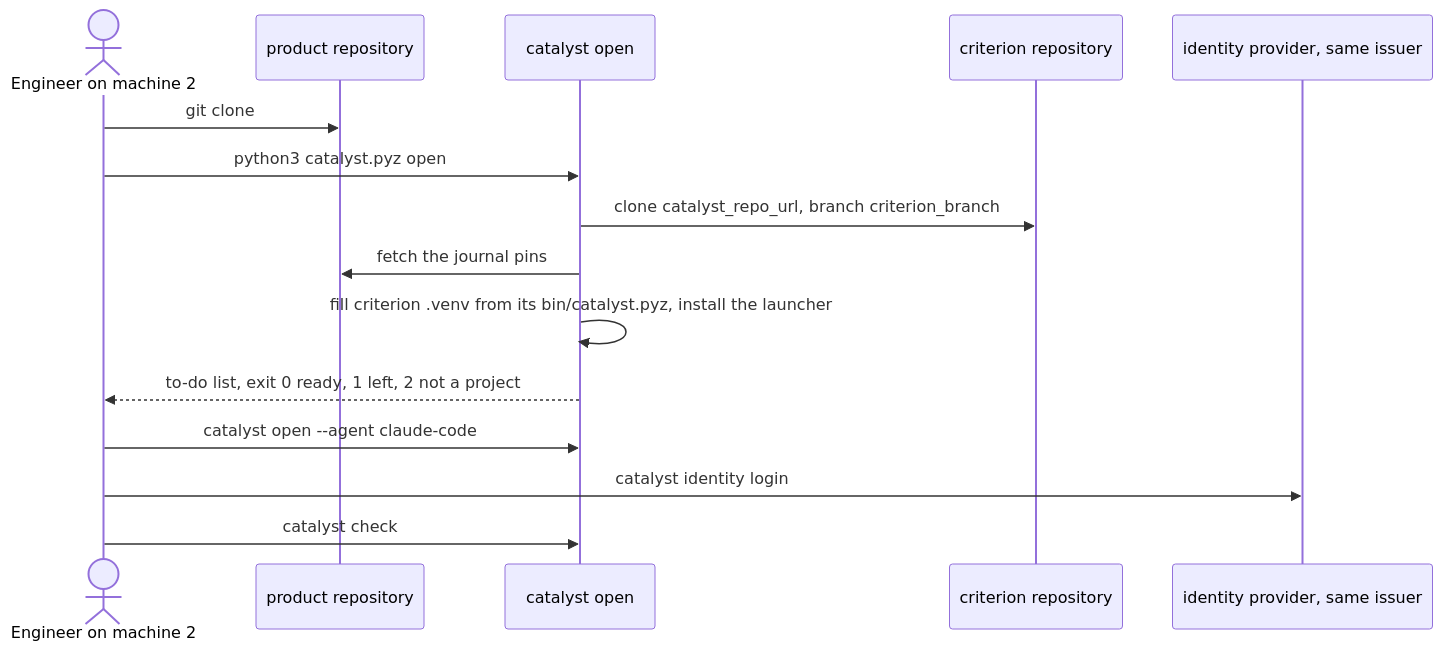
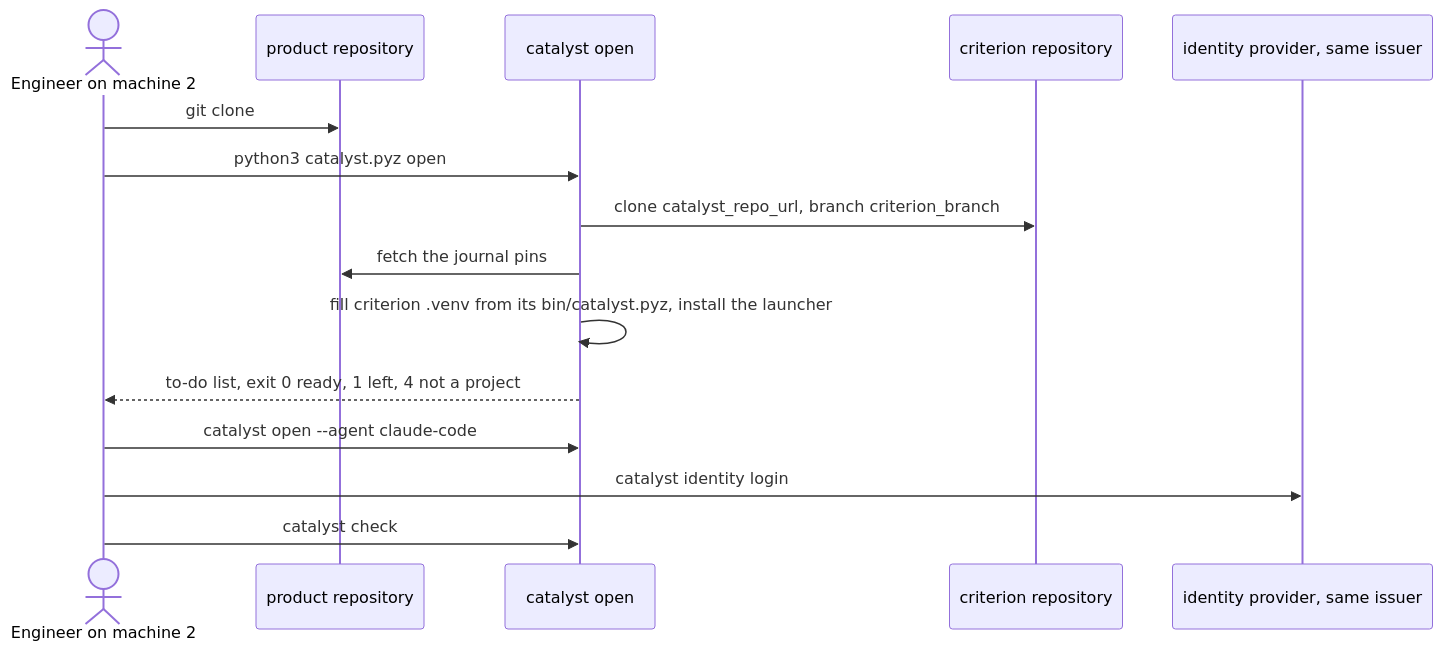
One commit to cantica-tech/catalyst-docs changed diagram 15 of 22 in docs/guide/manual/20-deploy-kernel.md. Above: the diagram before and after it, drawn with Mermaid. The commit also changed other lines of this file and 9 other files, not shown here.

````diff
--- a/docs/guide/manual/20-deploy-kernel.md
+++ b/docs/guide/manual/20-deploy-kernel.md
@@ -861,17 +867,17 @@
 ```mermaid
 sequenceDiagram
   actor Dev as Engineer on machine 2
   participant Prod as product repository
   participant CLI as catalyst open
   participant Rem as criterion repository
   participant IdP as identity provider, same issuer
   Dev->>Prod: git clone
   Dev->>CLI: python3 catalyst.pyz open
   CLI->>Rem: clone catalyst_repo_url, branch criterion_branch
   CLI->>Prod: fetch the journal pins
   CLI->>CLI: fill criterion .venv from its bin/catalyst.pyz, install the launcher
-  CLI-->>Dev: to-do list, exit 0 ready, 1 left, 2 not a project
+  CLI-->>Dev: to-do list, exit 0 ready, 1 left, 4 not a project
   Dev->>CLI: catalyst open --agent claude-code
   Dev->>IdP: catalyst identity login
   Dev->>CLI: catalyst check
 ```
````
